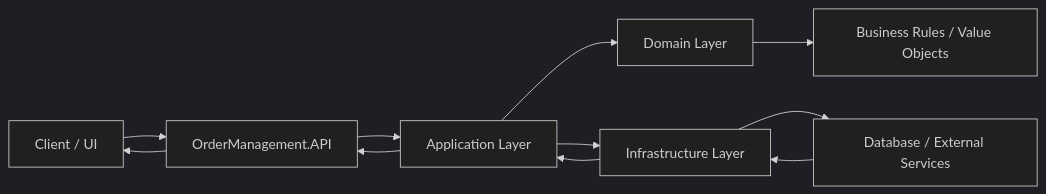
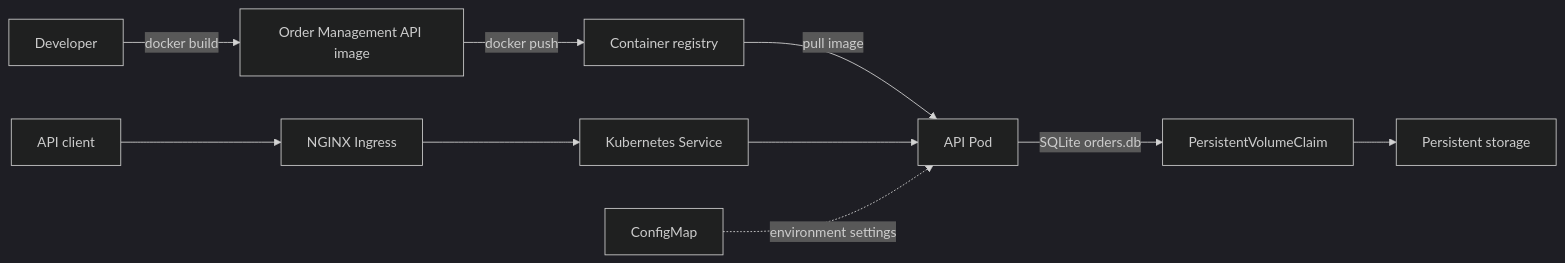
Before and after one commit to asrinivasan301175-learning/OrderManagement: the diagram in Readme.md, drawn with Mermaid (dark theme). The commit also changed other lines of this file and 15 other files, not shown here.

````diff
--- a/Readme.md
+++ b/Readme.md
@@ -66,13 +102,12 @@
 ```mermaid
 flowchart LR
-    A[Client / UI] --> B[OrderManagement.API]
-    B --> C[Application Layer]
-    C --> D[Domain Layer]
-    C --> E[Infrastructure Layer]
-    D --> F[Business Rules / Value Objects]
-    E --> G[Database / External Services]
-    G --> E
-    E --> C
-    C --> B
-    B --> A
+    Dev[Developer] -->|docker build| Image[Order Management API image]
+    Image -->|docker push| Registry[Container registry]
+    Registry -->|pull image| Pod
+    Client[API client] --> Ingress[NGINX Ingress]
+    Ingress --> Service[Kubernetes Service]
+    Service --> Pod[API Pod]
+    Config[ConfigMap] -. environment settings .-> Pod
+    Pod -->|SQLite orders.db| PVC[PersistentVolumeClaim]
+    PVC --> PV[Persistent storage]
 ```
````
